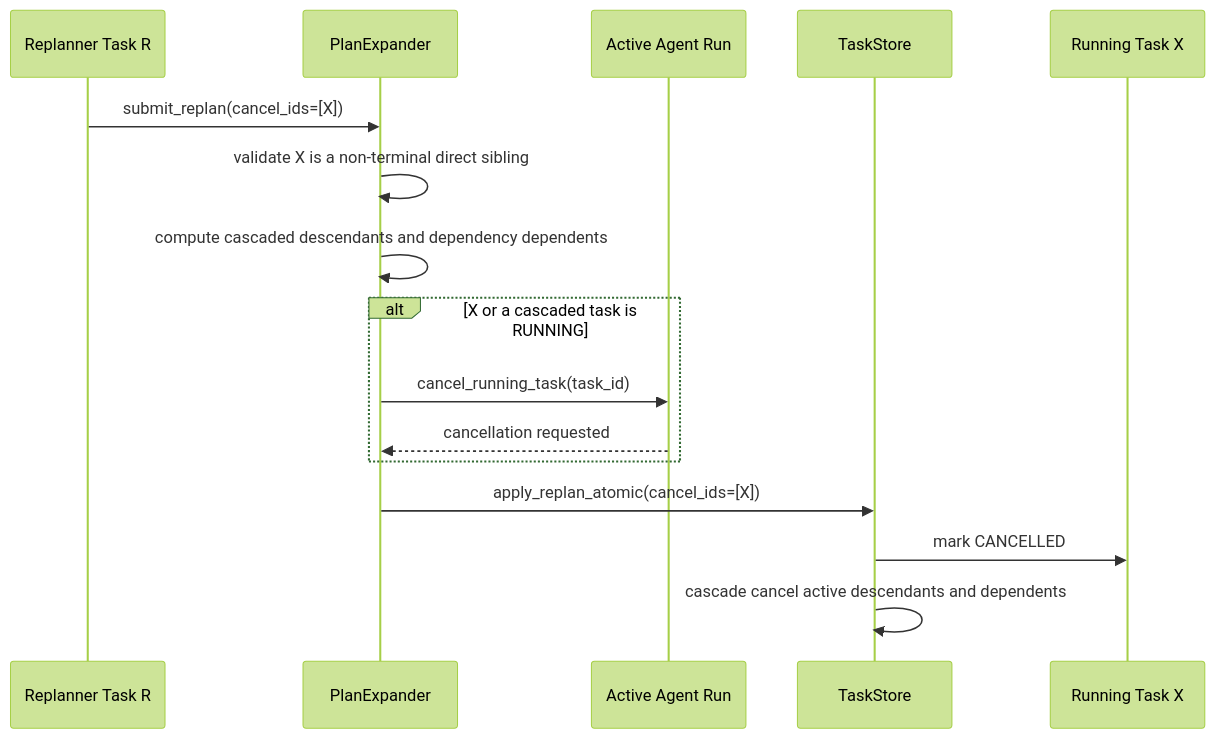
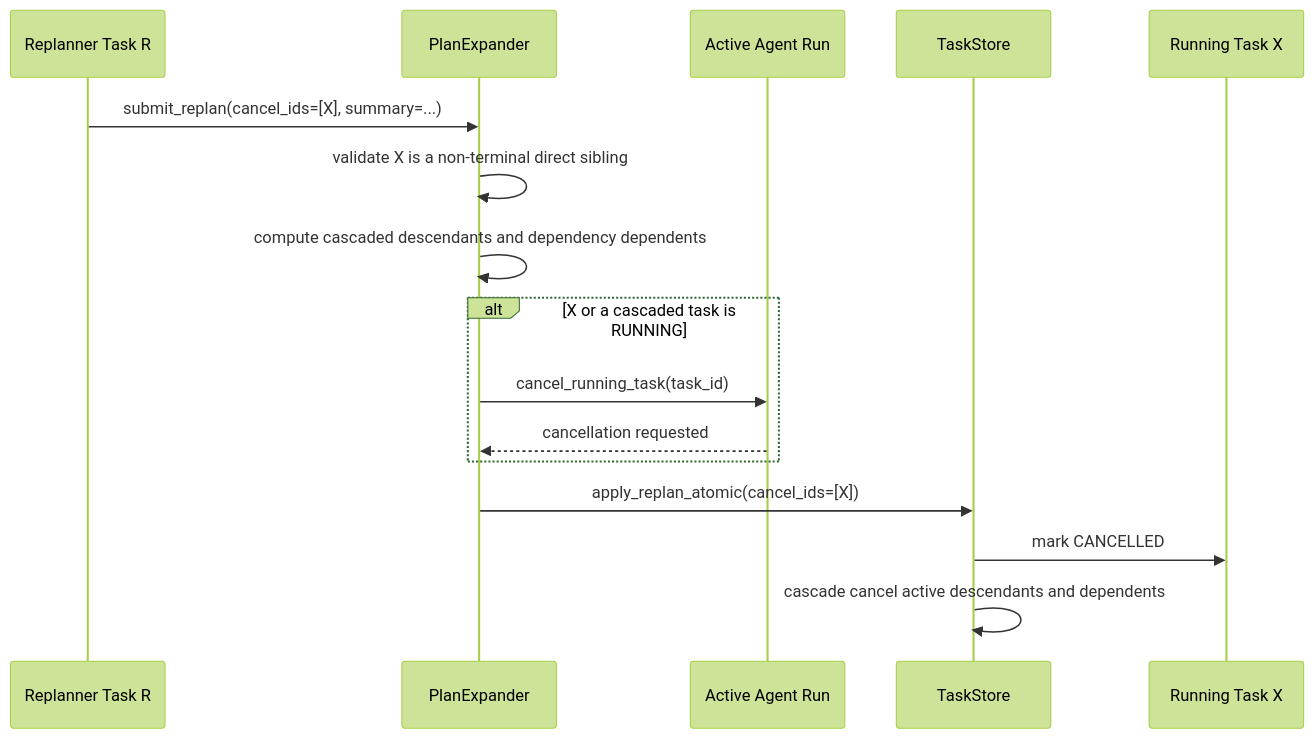
Before and after one commit to Ephemeral-AI-Lab/ephemeral-os: the fifth of 7 diagrams in docs/architecture/replan-workflow-sequence-diagrams.md, drawn with Mermaid (forest theme). The commit also changed other lines of this file and 20 other files, not shown here.

````diff
--- a/docs/architecture/replan-workflow-sequence-diagrams.md
+++ b/docs/architecture/replan-workflow-sequence-diagrams.md
@@ -228,21 +229,21 @@
 ```mermaid
 sequenceDiagram
     participant R as Replanner Task R
     participant PE as PlanExpander
     participant Run as Active Agent Run
     participant TS as TaskStore
     participant X as Running Task X
 
-    R->>PE: submit_replan(cancel_ids=[X])
+    R->>PE: submit_replan(cancel_ids=[X], summary=...)
     PE->>PE: validate X is a non-terminal direct sibling
     PE->>PE: compute cascaded descendants and dependency dependents
 
     alt X or a cascaded task is RUNNING
         PE->>Run: cancel_running_task(task_id)
         Run-->>PE: cancellation requested
     end
 
     PE->>TS: apply_replan_atomic(cancel_ids=[X])
     TS->>X: mark CANCELLED
     TS->>TS: cascade cancel active descendants and dependents
 ```
````
